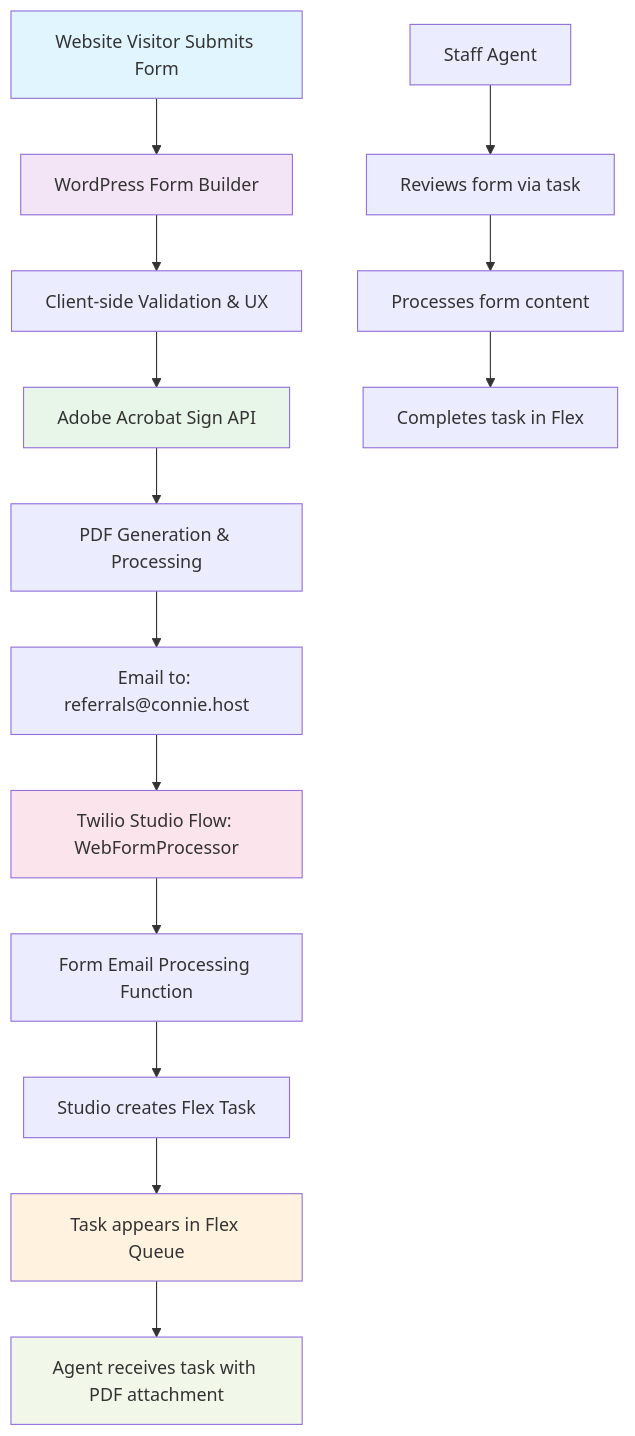
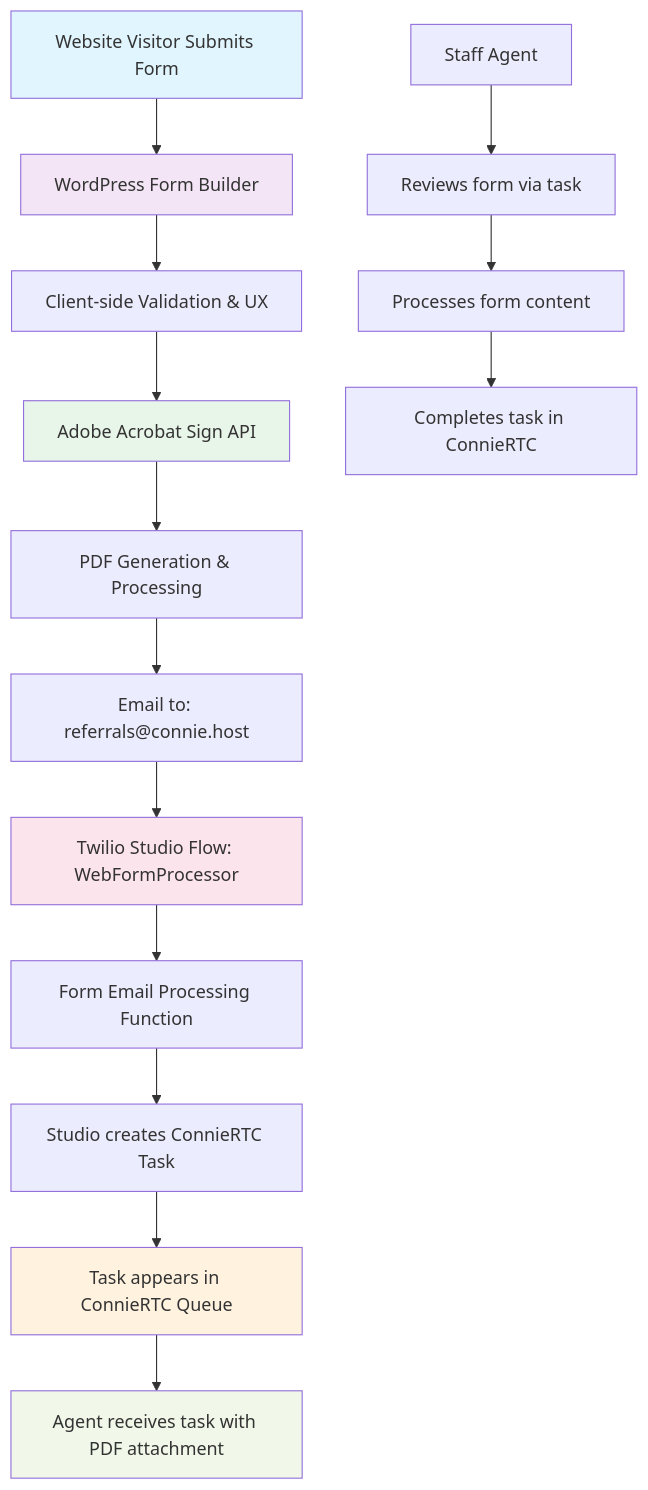
Before and after one commit to ConnieML/docs.connie: the diagram in docs/developers/backend/web/adobe-implementation.md, drawn with Mermaid. The commit also changed other lines of this file and 120 other files, not shown here.

Commit message:
Replace Twilio with Connie and Flex with ConnieRTC throughout documentation

````diff
--- a/docs/developers/backend/web/adobe-implementation.md
+++ b/docs/developers/backend/web/adobe-implementation.md
@@ -17,24 +17,24 @@
 ```mermaid
 flowchart TB
     A[Website Visitor Submits Form] --> B[WordPress Form Builder]
     B --> C[Client-side Validation & UX]
     C --> D[Adobe Acrobat Sign API]
     D --> E[PDF Generation & Processing]
     E --> F[Email to: referrals@connie.host]
     F --> G[Twilio Studio Flow: WebFormProcessor]
     G --> H[Form Email Processing Function]
-    H --> I[Studio creates Flex Task]
-    I --> J[Task appears in Flex Queue]
+    H --> I[Studio creates ConnieRTC Task]
+    I --> J[Task appears in ConnieRTC Queue]
     J --> K[Agent receives task with PDF attachment]
     
     L[Staff Agent] --> M[Reviews form via task]
     M --> N[Processes form content]
-    N --> O[Completes task in Flex]
+    N --> O[Completes task in ConnieRTC]
     
     style A fill:#e1f5fe
     style B fill:#f3e5f5
     style D fill:#e8f5e9
     style G fill:#fce4ec
     style J fill:#fff3e0
     style K fill:#f1f8e9
 ```
````
